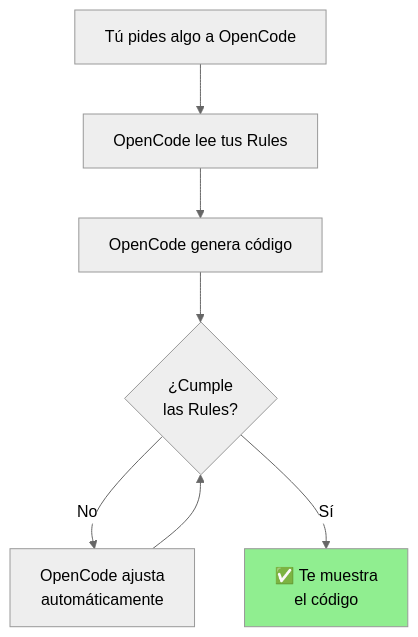
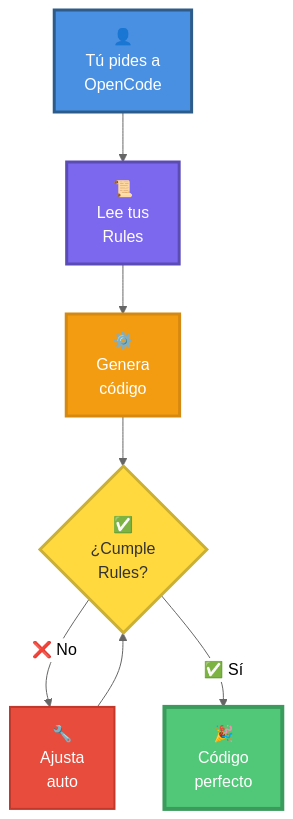
Before and after one commit to Ai-Whisperers/Courses-Content: diagram 11 of 16 in courses/🟡-development/FPUNA-2026/00-FUNDAMENTOS-PRINCIPALES/02-maestria-configuracion.md, drawn with Mermaid (neutral theme). The commit also changed other lines of this file, not shown here.

First line of the commit message:
Complete all 15 Mermaid diagrams in 02-maestria-configuracion.md

````diff
--- a/courses/🟡-development/FPUNA-2026/00-FUNDAMENTOS-PRINCIPALES/02-maestria-configuracion.md
+++ b/courses/🟡-development/FPUNA-2026/00-FUNDAMENTOS-PRINCIPALES/02-maestria-configuracion.md
@@ -835,11 +841,16 @@
 ```mermaid
 flowchart TD
-    A[Tú pides algo a OpenCode] --> B[OpenCode lee tus Rules]
-    B --> C[OpenCode genera código]
-    C --> D{¿Cumple<br/>las Rules?}
-    D -->|No| E[OpenCode ajusta<br/>automáticamente]
+    A["👤<br/>Tú pides a<br/>OpenCode"] --> B["📜<br/>Lee tus<br/>Rules"]
+    B --> C["⚙️<br/>Genera<br/>código"]
+    C --> D{"✅<br/>¿Cumple<br/>Rules?"}
+    D -->|"❌ No"| E["🔧<br/>Ajusta<br/>auto"]
     E --> D
-    D -->|Sí| F[✅ Te muestra<br/>el código]
+    D -->|"✅ Sí"| F["🎉<br/>Código<br/>perfecto"]
     
-    style F fill:#90EE90
+    style A fill:#4A90E2,stroke:#2E5C8A,stroke-width:3px,color:#fff
+    style B fill:#7B68EE,stroke:#5A4BB5,stroke-width:3px,color:#fff
+    style C fill:#F39C12,stroke:#D68910,stroke-width:3px,color:#fff
+    style D fill:#FFD93D,stroke:#CCB031,stroke-width:3px,color:#333
+    style E fill:#E74C3C,stroke:#C0392B,stroke-width:2px,color:#fff
+    style F fill:#50C878,stroke:#3A9B5C,stroke-width:4px,color:#fff
 ```
````
